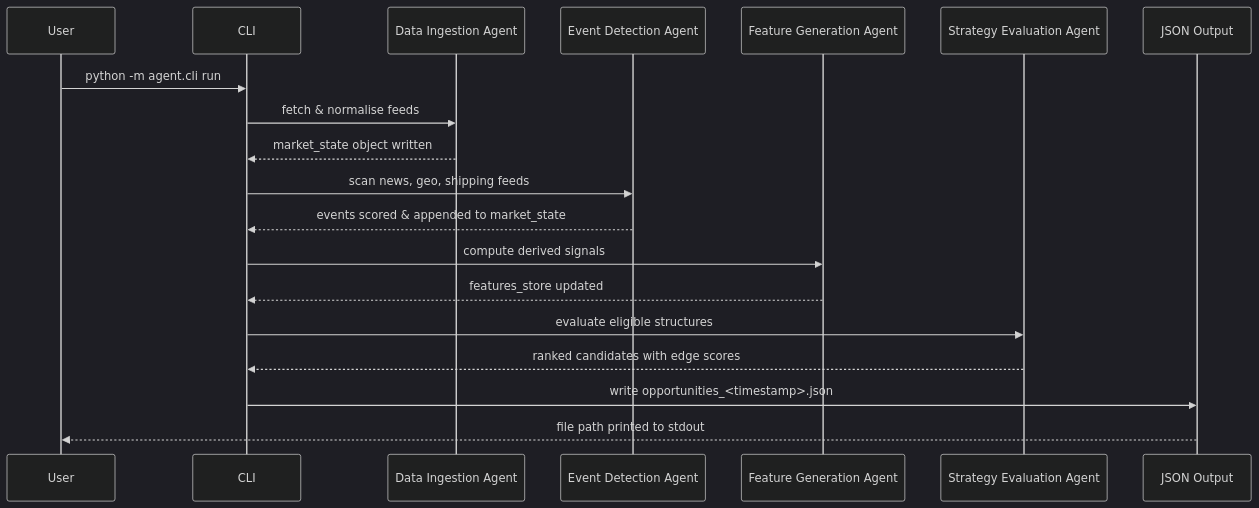
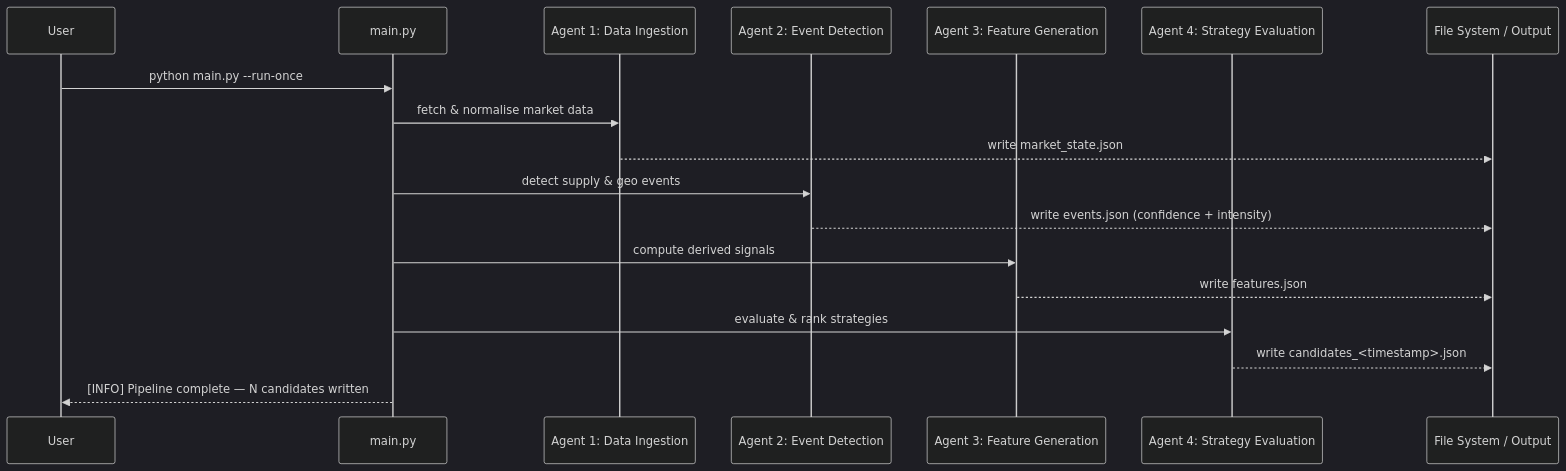
The second of 2 diagrams in docs/generated/user_guide_full-pipeline.md (jeisenback/golden_boy_peanuts), drawn with Mermaid (dark theme) before and after one commit. The commit also changed other lines of this file, not shown here.

Commit message:
docs: regenerate user guide [skip ci]

````diff
--- a/docs/generated/user_guide_full-pipeline.md
+++ b/docs/generated/user_guide_full-pipeline.md
@@ -192,22 +293,21 @@
 ```mermaid
 sequenceDiagram
     participant User
-    participant CLI
-    participant Ingestion as Data Ingestion Agent
-    participant Event as Event Detection Agent
-    participant Feature as Feature Generation Agent
-    participant Strategy as Strategy Evaluation Agent
-    participant Output as JSON Output
+    participant CLI as main.py
+    participant DI as Agent 1: Data Ingestion
+    participant ED as Agent 2: Event Detection
+    participant FG as Agent 3: Feature Generation
+    participant SE as Agent 4: Strategy Evaluation
+    participant FS as File System / Output
 
-    User->>CLI: python -m agent.cli run
-    CLI->>Ingestion: fetch & normalise feeds
-    Ingestion-->>CLI: market_state object written
-    CLI->>Event: scan news, geo, shipping feeds
-    Event-->>CLI: events scored & appended to market_state
-    CLI->>Feature: compute derived signals
-    Feature-->>CLI: features_store updated
-    CLI->>Strategy: evaluate eligible structures
-    Strategy-->>CLI: ranked candidates with edge scores
-    CLI->>Output: write opportunities_<timestamp>.json
-    Output-->>User: file path printed to stdout
+    User->>CLI: python main.py --run-once
+    CLI->>DI: fetch & normalise market data
+    DI-->>FS: write market_state.json
+    CLI->>ED: detect supply & geo events
+    ED-->>FS: write events.json (confidence + intensity)
+    CLI->>FG: compute derived signals
+    FG-->>FS: write features.json
+    CLI->>SE: evaluate & rank strategies
+    SE-->>FS: write candidates_<timestamp>.json
+    CLI-->>User: [INFO] Pipeline complete — N candidates written
 ```
````
